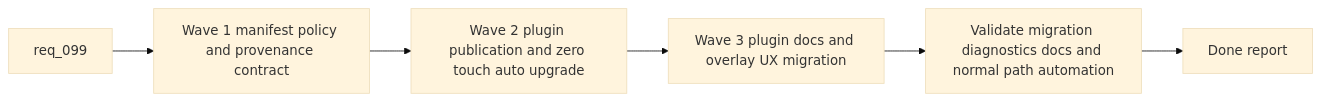
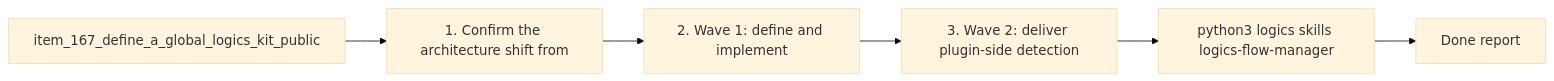
The diagram in logics/tasks/task_103_orchestration_delivery_for_req_099_global_logics_kit_publication_and_overlay_migration.md (AlexAgo83/logics-manager), drawn with Mermaid (base theme) before and after one commit. The commit also changed other lines of this file and 481 other files, not shown here.

````diff
--- a/logics/tasks/task_103_orchestration_delivery_for_req_099_global_logics_kit_publication_and_overlay_migration.md
+++ b/logics/tasks/task_103_orchestration_delivery_for_req_099_global_logics_kit_publication_and_overlay_migration.md
@@ -34,10 +34,10 @@
 ```mermaid
 %% logics-kind: task
 %% logics-signature: task|orchestration-delivery-for-req-099-globa|item-167-define-a-global-logics-kit-publ|1-confirm-the-architecture-shift-from|python3-logics-skills-logics-flow-manage
 flowchart LR
-    Start[req_099] --> Wave1[Wave 1 manifest policy and provenance contract]
-    Wave1 --> Wave2[Wave 2 plugin publication and zero touch auto upgrade]
-    Wave2 --> Wave3[Wave 3 plugin docs and overlay UX migration]
-    Wave3 --> Validate[Validate migration diagnostics docs and normal path automation]
-    Validate --> Report[Done report]
+    Backlog[item_167_define_a_global_logics_kit_public] --> Step1[1. Confirm the architecture shift from]
+    Step1 --> Step2[2. Wave 1: define and implement]
+    Step2 --> Step3[3. Wave 2: deliver plugin-side detection]
+    Step3 --> Validation[python3 logics skills logics-flow-manager]
+    Validation --> Report[Done report]
 ```
````
